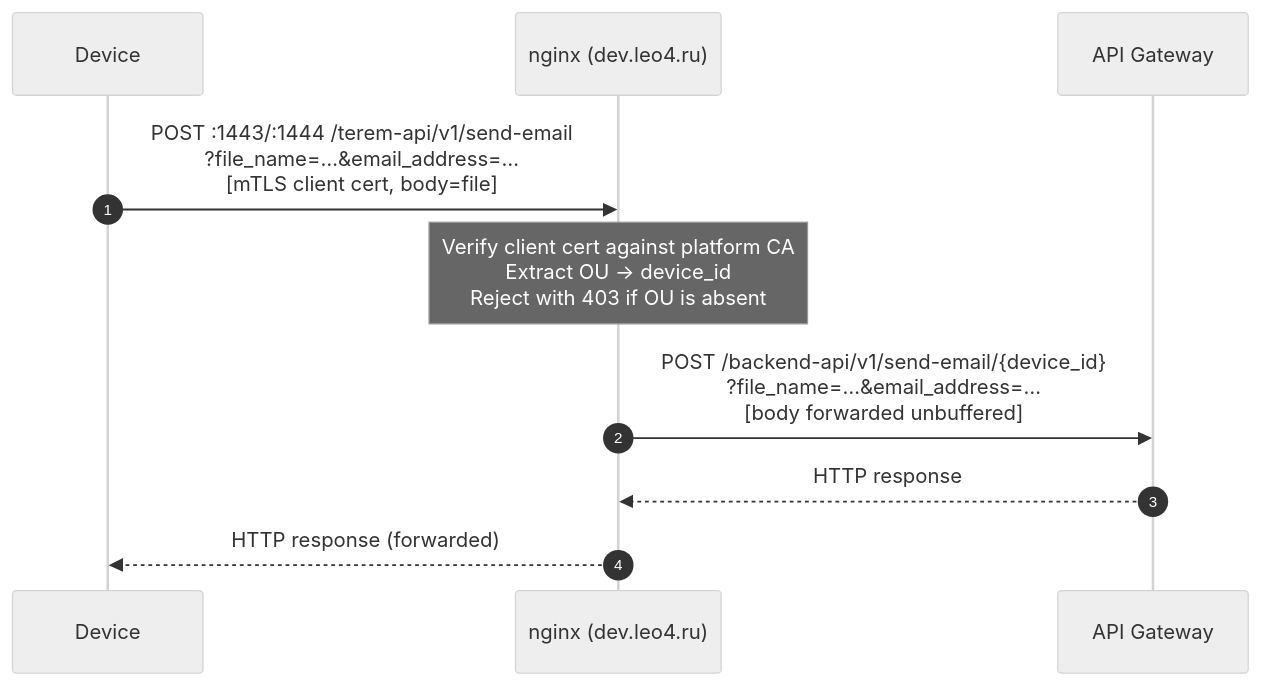
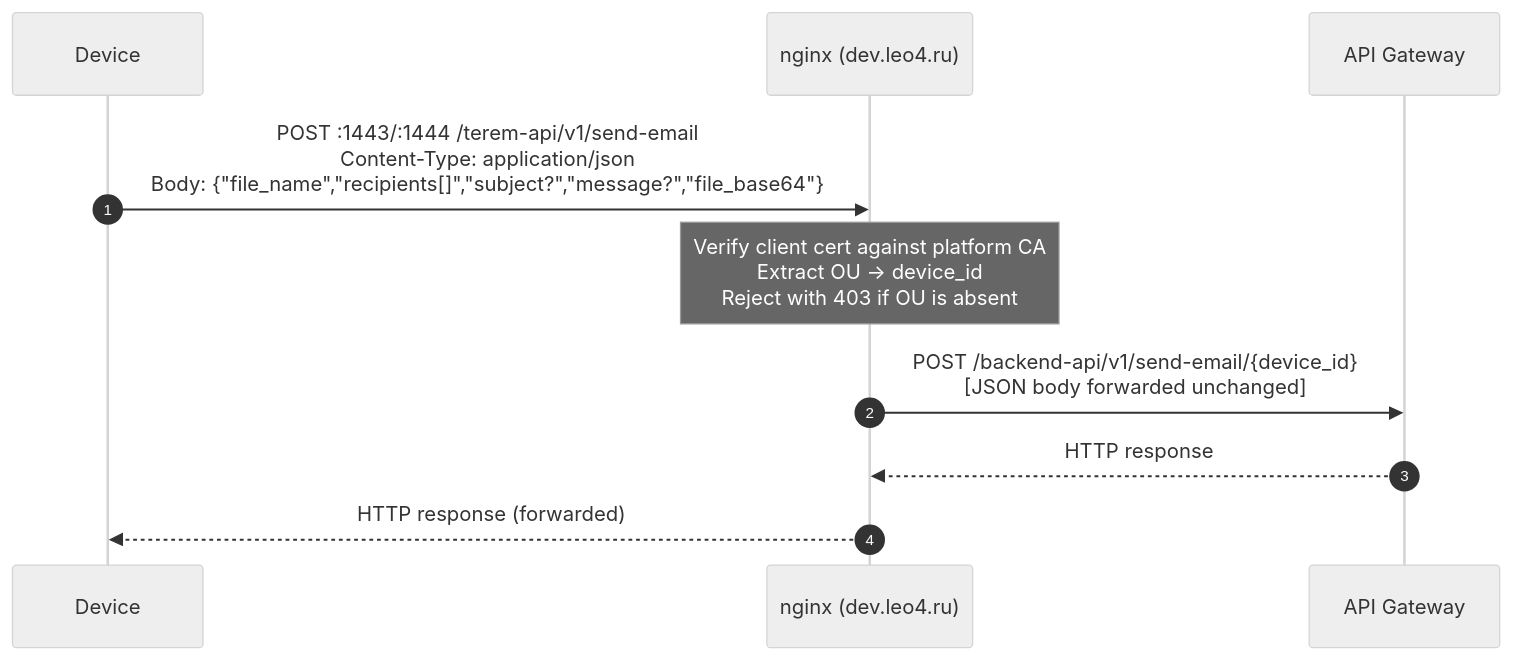
The diagram in docs/device-http-mtls-send-email.md (OlegLebedevRU/iot-rpc-rest-app), drawn with Mermaid (neutral theme) before and after one commit. The commit also changed other lines of this file, not shown here.

First line of the commit message:
docs: switch device send-email mTLS contract to JSON-only

````diff
--- a/docs/device-http-mtls-send-email.md
+++ b/docs/device-http-mtls-send-email.md
@@ -40,13 +41,13 @@
 ```mermaid
 sequenceDiagram
     autonumber
     participant D  as Device
     participant N  as nginx (dev.leo4.ru)
     participant GW as API Gateway
 
-    D  ->> N  : POST :1443/:1444 /terem-api/v1/send-email<br/>?file_name=…&email_address=…<br/>[mTLS client cert, body=file]
+    D  ->> N  : POST :1443/:1444 /terem-api/v1/send-email<br/>Content-Type: application/json<br/>Body: {"file_name","recipients[]","subject?","message?","file_base64"}
     Note over N: Verify client cert against platform CA<br/>Extract OU → device_id<br/>Reject with 403 if OU is absent
-    N  ->> GW : POST /backend-api/v1/send-email/{device_id}<br/>?file_name=…&email_address=…<br/>[body forwarded unbuffered]
+    N  ->> GW : POST /backend-api/v1/send-email/{device_id}<br/>[JSON body forwarded unchanged]
     GW -->> N : HTTP response
     N  -->> D : HTTP response (forwarded)
 ```
````
